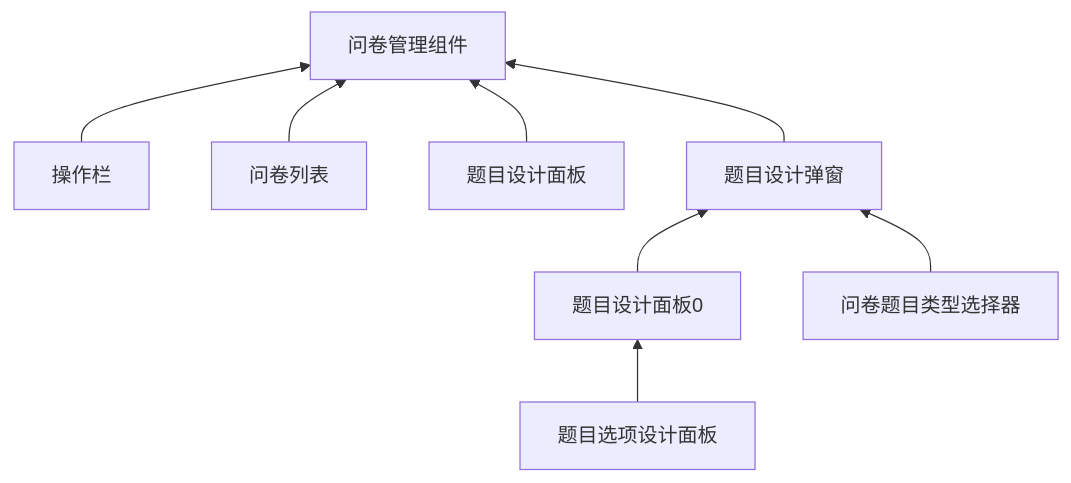
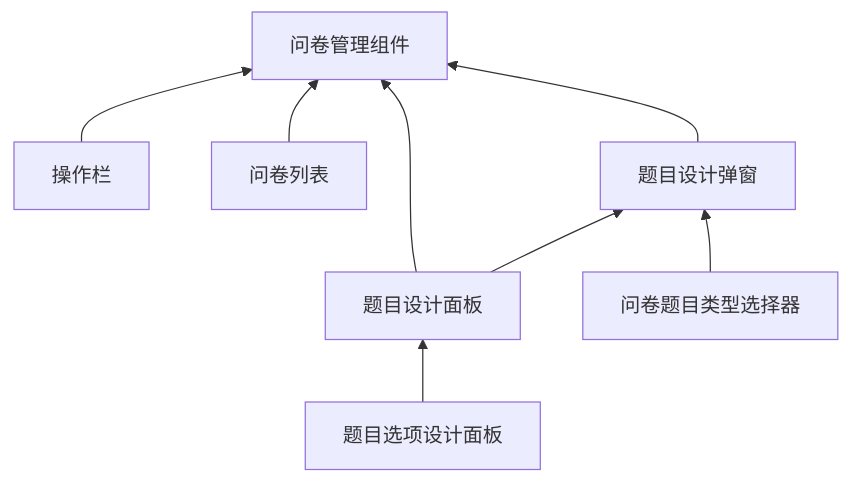
The diagram in src/components/QuestionnaireManager/README.md (DanceSky720/v3_vite_admin-master), drawn with Mermaid before and after one commit. The commit also changed other lines of this file and 1 other file, not shown here.

````diff
--- a/src/components/QuestionnaireManager/README.md
+++ b/src/components/QuestionnaireManager/README.md
@@ -46,13 +44,13 @@
 ```mermaid
 graph BT
 
-    题目选项设计面板 --> pe[题目设计面板0]
-    pe --> dialog[题目设计弹窗]
+    题目选项设计面板 --> qd[题目设计面板]
+    qd --> dialog[题目设计弹窗]
     问卷题目类型选择器 -->dialog
 
     操作栏 --> manager[问卷管理组件]
     问卷列表 --> manager
-    题目设计面板 --> manager
+    qd --> manager
     dialog --> manager
 
 ```
````
